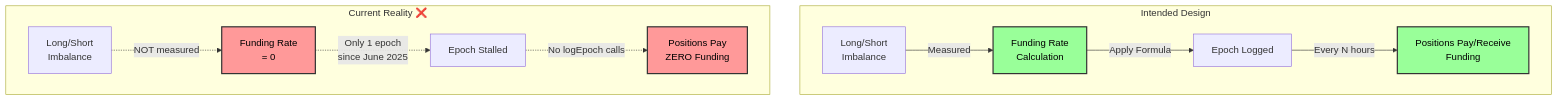
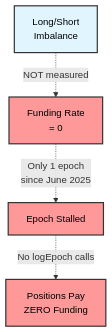
The fifth of 8 diagrams in PROTOCOL_GUIDE.md (avasnap/tradestaprotocol), drawn with Mermaid before and after one commit. The commit also changed other lines of this file, not shown here.

Commit message:
Split funding rate diagrams into separate intended vs reality diagrams
- Separated into 'Intended Design' and 'Current Reality' diagrams
- Each diagram now stands alone for clarity
- Improved styling with consistent dark text and borders
- Easier to compare how mechanism should work vs actual state

````diff
--- a/PROTOCOL_GUIDE.md
+++ b/PROTOCOL_GUIDE.md
@@ -234,19 +248,11 @@
 ```mermaid
 graph TB
-    subgraph "Intended Design"
-        LS[Long/Short<br/>Imbalance] -->|Measured| FR[Funding Rate<br/>Calculation]
-        FR -->|Apply Formula| E[Epoch Logged]
-        E -->|Every N hours| UP[Positions Pay/Receive<br/>Funding]
-    end
+    LSC[Long/Short<br/>Imbalance] -.->|NOT measured| FRC[Funding Rate<br/>= 0]
+    FRC -.->|Only 1 epoch<br/>since June 2025| EC[Epoch Stalled]
+    EC -.->|No logEpoch calls| UPC[Positions Pay<br/>ZERO Funding]
 
-    subgraph "Current Reality ❌"
-        LSC[Long/Short<br/>Imbalance] -.->|NOT measured| FRC[Funding Rate<br/>= 0]
-        FRC -.->|Only 1 epoch<br/>since June 2025| EC[Epoch Stalled]
-        EC -.->|No logEpoch calls| UPC[Positions Pay<br/>ZERO Funding]
-    end
-
-    style FR fill:#99ff99,stroke:#333,stroke-width:2px,color:#000
+    style LSC fill:#e1f5ff,stroke:#333,stroke-width:2px,color:#000
     style FRC fill:#ff9999,stroke:#333,stroke-width:2px,color:#000
-    style UP fill:#99ff99,stroke:#333,stroke-width:2px,color:#000
+    style EC fill:#ff9999,stroke:#333,stroke-width:2px,color:#000
     style UPC fill:#ff9999,stroke:#333,stroke-width:2px,color:#000
 ```
````
